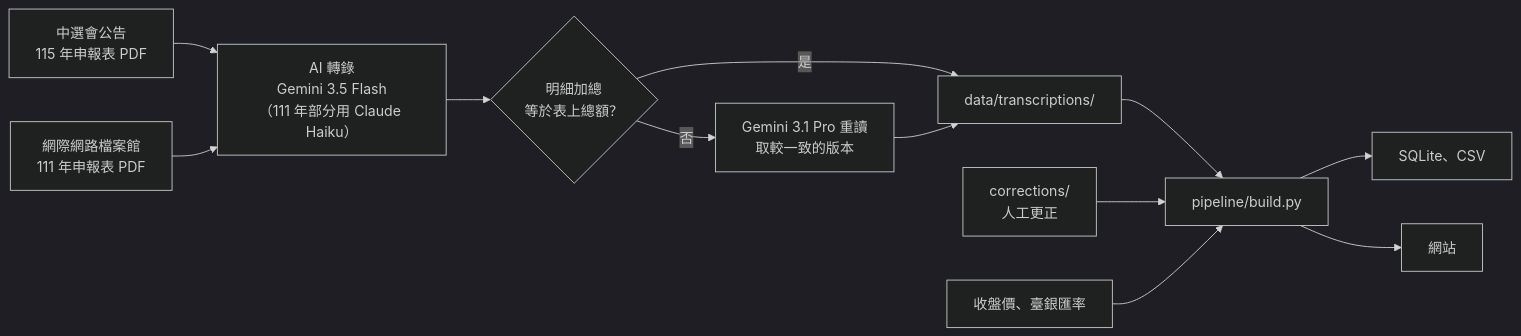
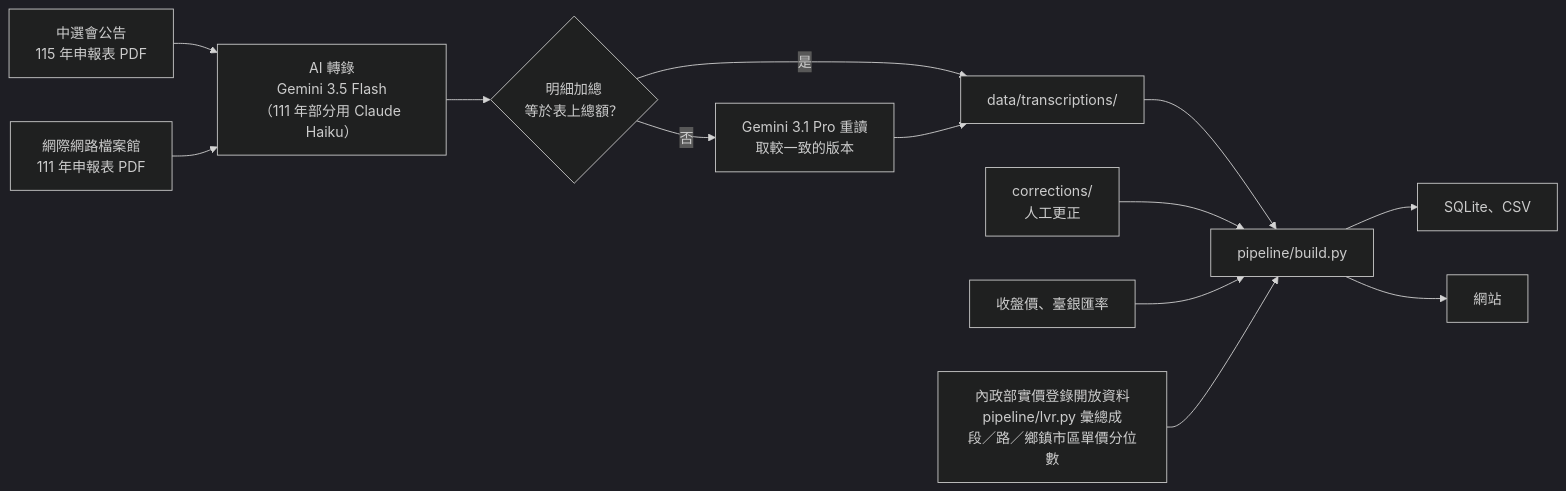
One commit to Sigma-Snaken/candidate-wealth-tw changed the first of 2 diagrams in README.md. Above: the diagram before and after it, drawn with Mermaid (dark theme). The commit also changed other lines of this file and 9 other files, not shown here.

````diff
--- a/README.md
+++ b/README.md
@@ -14,14 +14,15 @@
 ```mermaid
 flowchart LR
     A["中選會公告<br/>115 年申報表 PDF"] --> C["AI 轉錄<br/>Gemini 3.5 Flash<br/>（111 年部分用 Claude Haiku）"]
     B["網際網路檔案館<br/>111 年申報表 PDF"] --> C
     C --> D{"明細加總<br/>等於表上總額？"}
     D -- 否 --> E["Gemini 3.1 Pro 重讀<br/>取較一致的版本"]
     D -- 是 --> F["data/transcriptions/"]
     E --> F
     F --> G["pipeline/build.py"]
     H["corrections/<br/>人工更正"] --> G
     I["收盤價、臺銀匯率"] --> G
+    L["內政部實價登錄開放資料<br/>pipeline/lvr.py 彙總成<br/>段／路／鄉鎮市區單價分位數"] --> G
     G --> J["SQLite、CSV"]
     G --> K["網站"]
 ```
````
